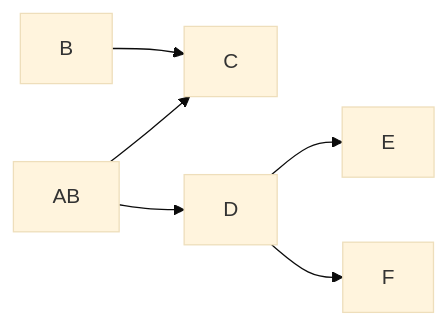
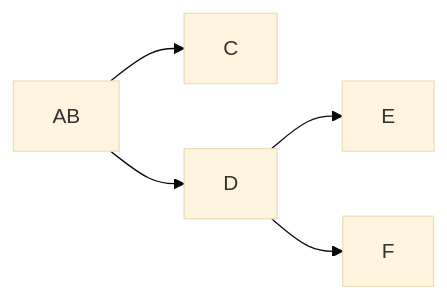
Before and after one commit to erralb/bdd: the second of 3 diagrams in src/content/exercices/01-concepts/09-exercices-01.mdx, drawn with Mermaid (base theme). The commit also changed other lines of this file and 1 other file, not shown here.

````diff
--- a/src/content/exercices/01-concepts/09-exercices-01.mdx
+++ b/src/content/exercices/01-concepts/09-exercices-01.mdx
@@ -94,8 +97,7 @@
 ```mermaid
 flowchart LR
     AB --> C
     AB --> D
-    B --> C
     D --> E
     D --> F
 ```
````
